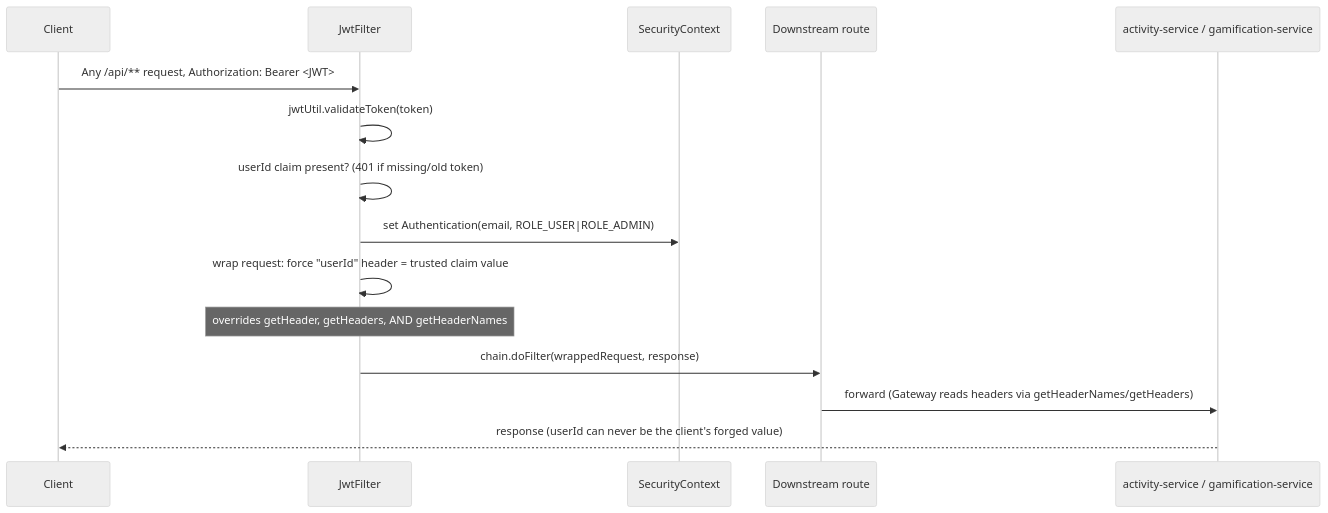
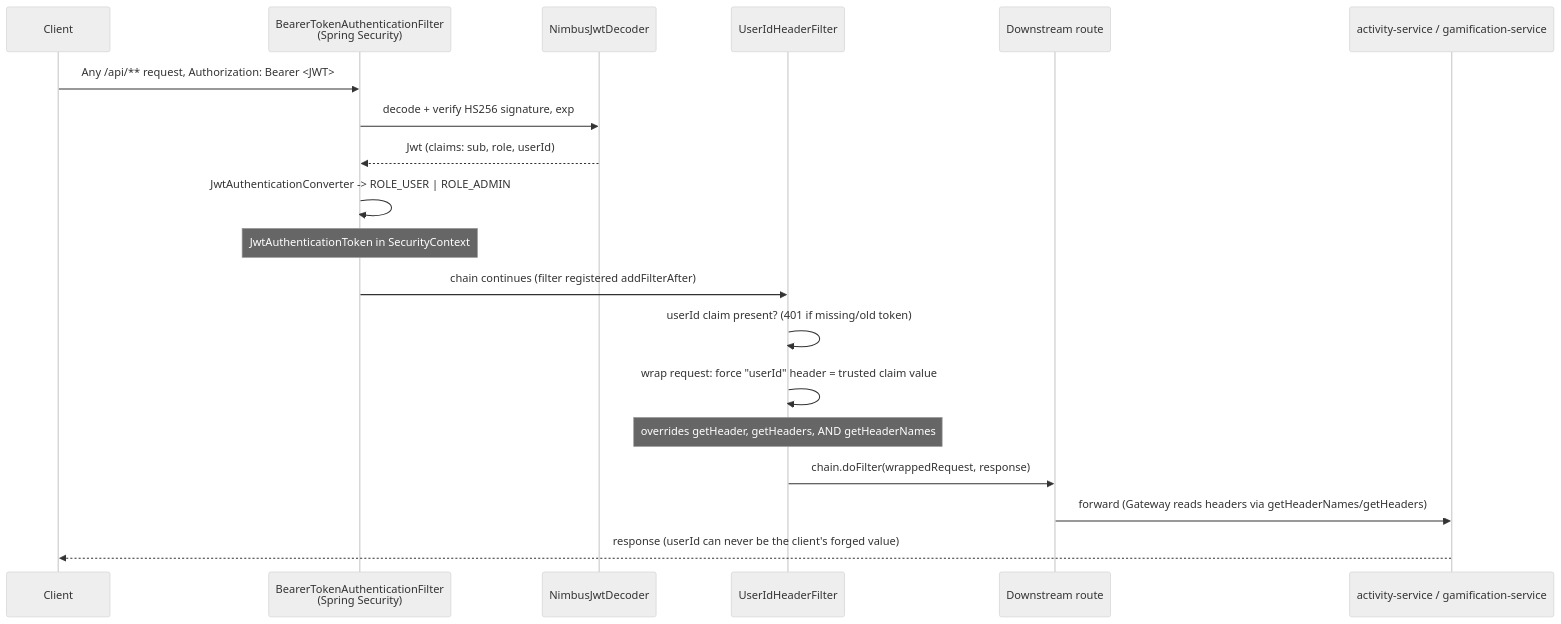
The diagram in docs/features/authentication-and-identity.md (prashant-singh-2001/gamified_tracker), drawn with Mermaid (neutral theme) before and after one commit. The commit also changed other lines of this file and 9 other files, not shown here.

````diff
--- a/docs/features/authentication-and-identity.md
+++ b/docs/features/authentication-and-identity.md
@@ -18,18 +25,22 @@
 ```mermaid
 sequenceDiagram
     participant C as Client
-    participant JF as JwtFilter
-    participant SC as SecurityContext
+    participant BF as BearerTokenAuthenticationFilter<br/>(Spring Security)
+    participant JD as NimbusJwtDecoder
+    participant UF as UserIdHeaderFilter
     participant R as Downstream route
     participant DS as activity-service / gamification-service
 
-    C->>JF: Any /api/** request, Authorization: Bearer <JWT>
-    JF->>JF: jwtUtil.validateToken(token)
-    JF->>JF: userId claim present? (401 if missing/old token)
-    JF->>SC: set Authentication(email, ROLE_USER|ROLE_ADMIN)
-    JF->>JF: wrap request: force "userId" header = trusted claim value
-    Note over JF: overrides getHeader, getHeaders, AND getHeaderNames
-    JF->>R: chain.doFilter(wrappedRequest, response)
+    C->>BF: Any /api/** request, Authorization: Bearer <JWT>
+    BF->>JD: decode + verify HS256 signature, exp
+    JD-->>BF: Jwt (claims: sub, role, userId)
+    BF->>BF: JwtAuthenticationConverter -> ROLE_USER | ROLE_ADMIN
+    Note over BF: JwtAuthenticationToken in SecurityContext
+    BF->>UF: chain continues (filter registered addFilterAfter)
+    UF->>UF: userId claim present? (401 if missing/old token)
+    UF->>UF: wrap request: force "userId" header = trusted claim value
+    Note over UF: overrides getHeader, getHeaders, AND getHeaderNames
+    UF->>R: chain.doFilter(wrappedRequest, response)
     R->>DS: forward (Gateway reads headers via getHeaderNames/getHeaders)
     DS-->>C: response (userId can never be the client's forged value)
 ```
````
